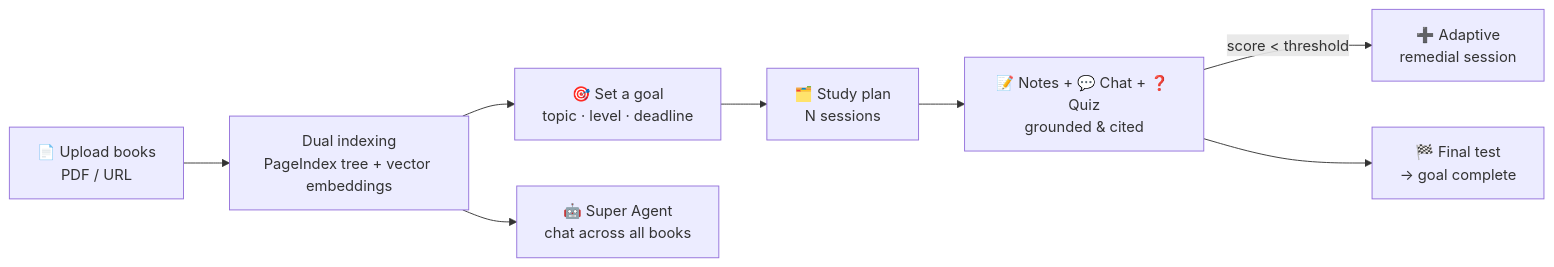
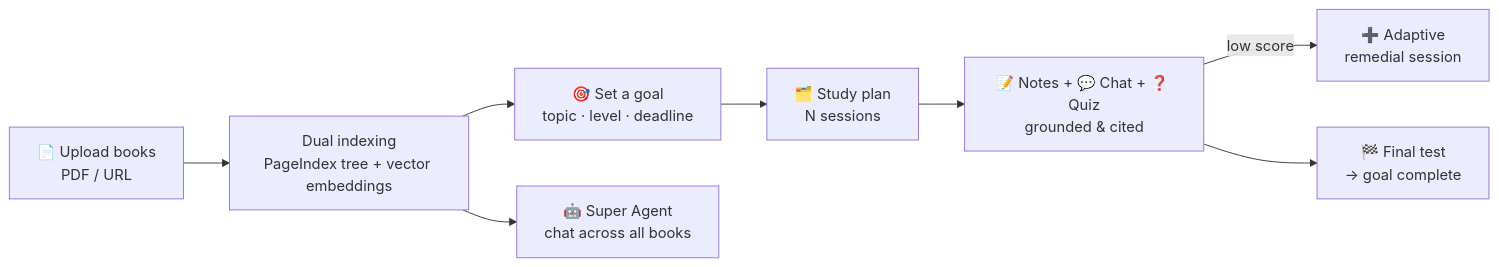
One commit to Hafiz408/scholar changed the diagram in README.md. Above: the diagram before and after it, drawn with Mermaid. The commit also changed other lines of this file and 9 other files, not shown here.

````diff
--- a/README.md
+++ b/README.md
@@ -41,10 +40,10 @@
 ```mermaid
 flowchart LR
     A[📄 Upload books<br/>PDF / URL] --> B[Dual indexing<br/>PageIndex tree + vector embeddings]
     B --> C[🎯 Set a goal<br/>topic · level · deadline]
     C --> D[🗂️ Study plan<br/>N sessions]
     D --> E[📝 Notes + 💬 Chat + ❓ Quiz<br/>grounded & cited]
-    E -->|score < threshold| F[➕ Adaptive<br/>remedial session]
+    E -->|low score| F[➕ Adaptive<br/>remedial session]
     E --> G[🏁 Final test<br/>→ goal complete]
     B --> H[🤖 Super Agent<br/>chat across all books]
 ```
````
